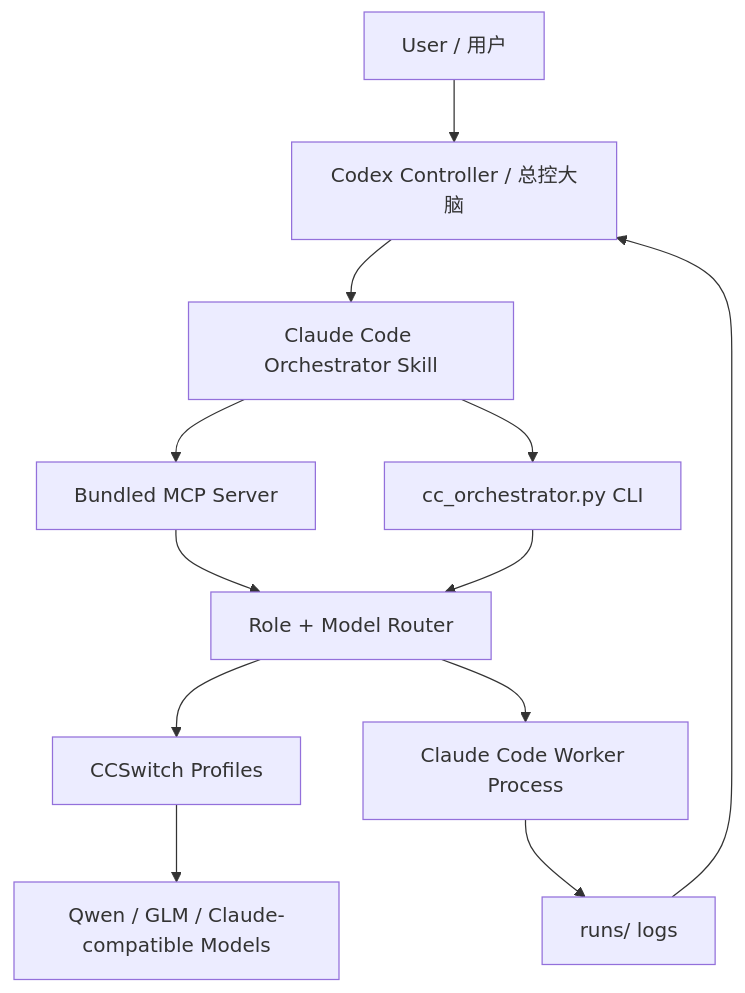
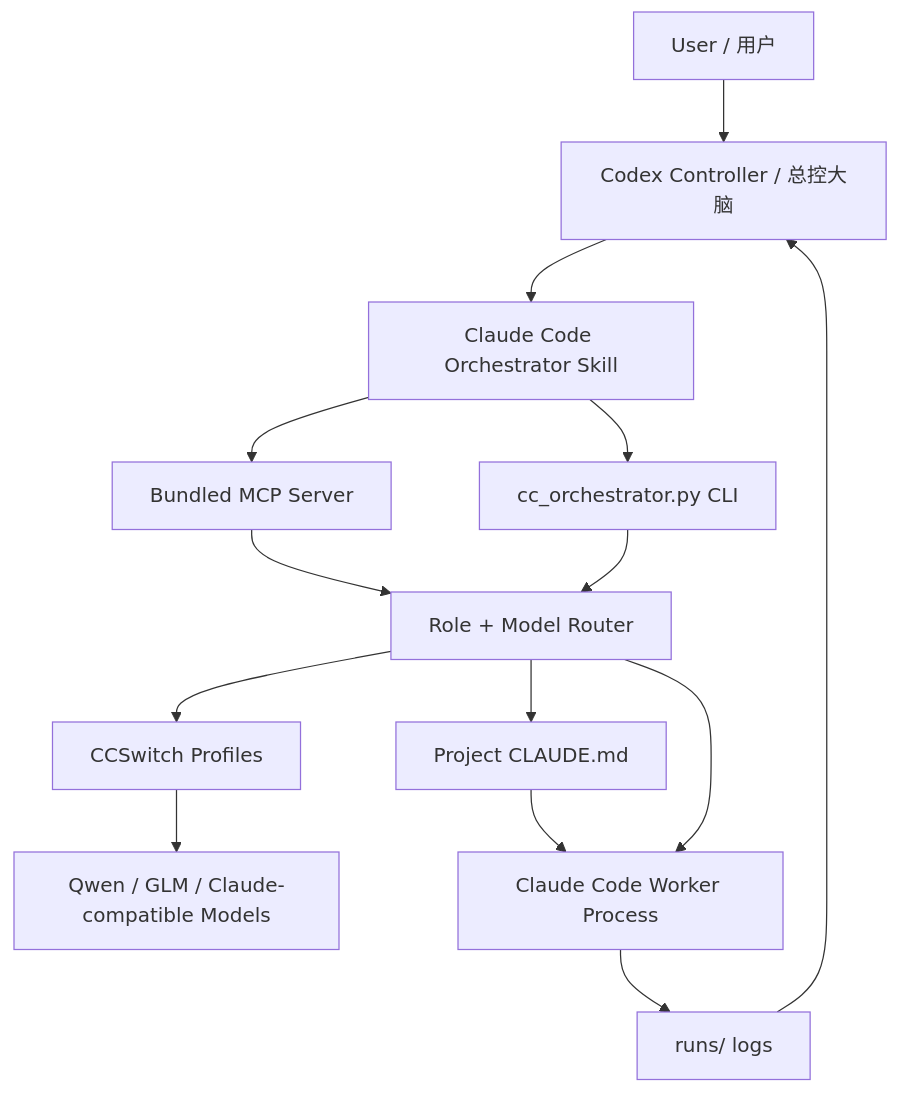
The diagram in README.zh-CN.md (chu459/claude-code-orchestrator-skill), drawn with Mermaid before and after one commit. The commit also changed other lines of this file and 5 other files, not shown here.

Commit message:
Add CLAUDE.md worker persona support and expand docs

````diff
--- a/README.zh-CN.md
+++ b/README.zh-CN.md
@@ -330,14 +382,16 @@
 ```mermaid
 flowchart TD
   User["User / 用户"] --> Codex["Codex Controller / 总控大脑"]
   Codex --> Skill["Claude Code Orchestrator Skill"]
   Skill --> MCP["Bundled MCP Server"]
   Skill --> CLI["cc_orchestrator.py CLI"]
   MCP --> Router["Role + Model Router"]
   CLI --> Router
   Router --> CCSwitch["CCSwitch Profiles"]
   CCSwitch --> Models["Qwen / GLM / Claude-compatible Models"]
-  Router --> ClaudeCode["Claude Code Worker Process"]
+  Router --> ClaudeMD["Project CLAUDE.md"]
+  ClaudeMD --> ClaudeCode["Claude Code Worker Process"]
+  Router --> ClaudeCode
   ClaudeCode --> Runs["runs/<run_id> logs"]
   Runs --> Codex
 ```
````
